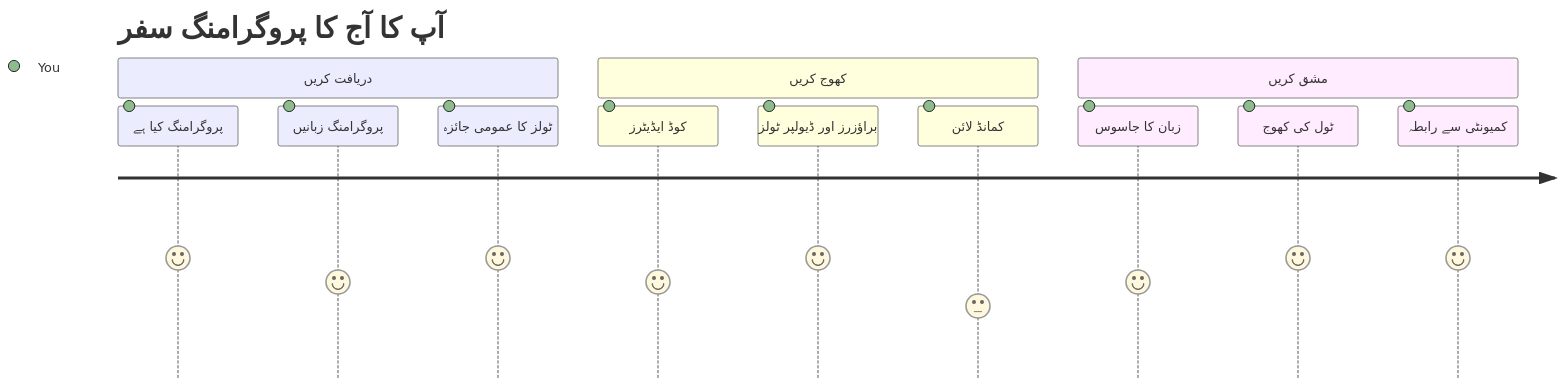
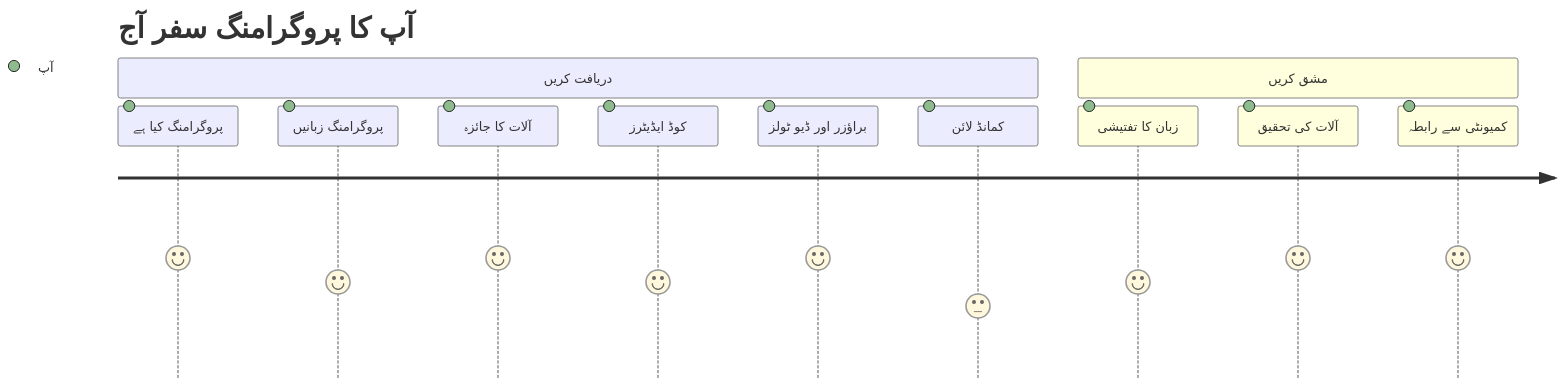
One commit to microsoft/Web-Dev-For-Beginners changed the first of 7 diagrams in translations/ur/1-getting-started-lessons/1-intro-to-programming-languages/README.md. Above: the diagram before and after it, drawn with Mermaid. The commit also changed other lines of this file and 8 other files, not shown here.

````diff
--- a/translations/ur/1-getting-started-lessons/1-intro-to-programming-languages/README.md
+++ b/translations/ur/1-getting-started-lessons/1-intro-to-programming-languages/README.md
@@ -14,16 +14,16 @@
 ```mermaid
 journey
-    title آپ کا آج کا پروگرامنگ سفر
+    title آپ کا پروگرامنگ سفر آج
     section دریافت کریں
-      پروگرامنگ کیا ہے: 5: You
-      پروگرامنگ زبانیں: 4: You
-      ٹولز کا عمومی جائزہ: 5: You
-    section کھوج کریں
-      کوڈ ایڈیٹرز: 4: You
-      براؤزرز اور ڈیولپر ٹولز: 5: You
-      کمانڈ لائن: 3: You
+      پروگرامنگ کیا ہے: 5: آپ
+      پروگرامنگ زبانیں: 4: آپ
+      آلات کا جائزہ: 5: آپ
+    section دریافت کریں
+      کوڈ ایڈیٹرز: 4: آپ
+      براؤزر اور ڈیو ٹولز: 5: آپ
+      کمانڈ لائن: 3: آپ
     section مشق کریں
-      زبان کا جاسوس: 4: You
-      ٹول کی کھوج: 5: You
-      کمیونٹی سے رابطہ: 5: You
+      زبان کا تفتیشی: 4: آپ
+      آلات کی تحقیق: 5: آپ
+      کمیونٹی سے رابطہ: 5: آپ
 ```
````
